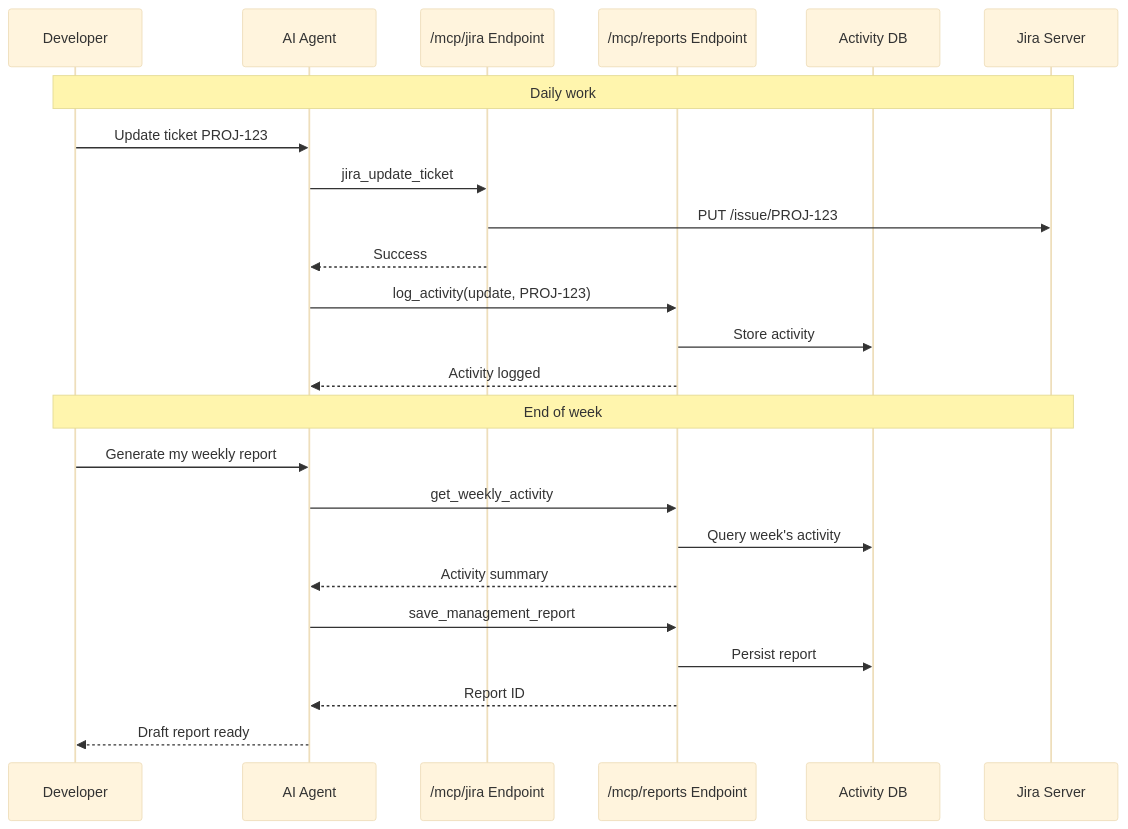
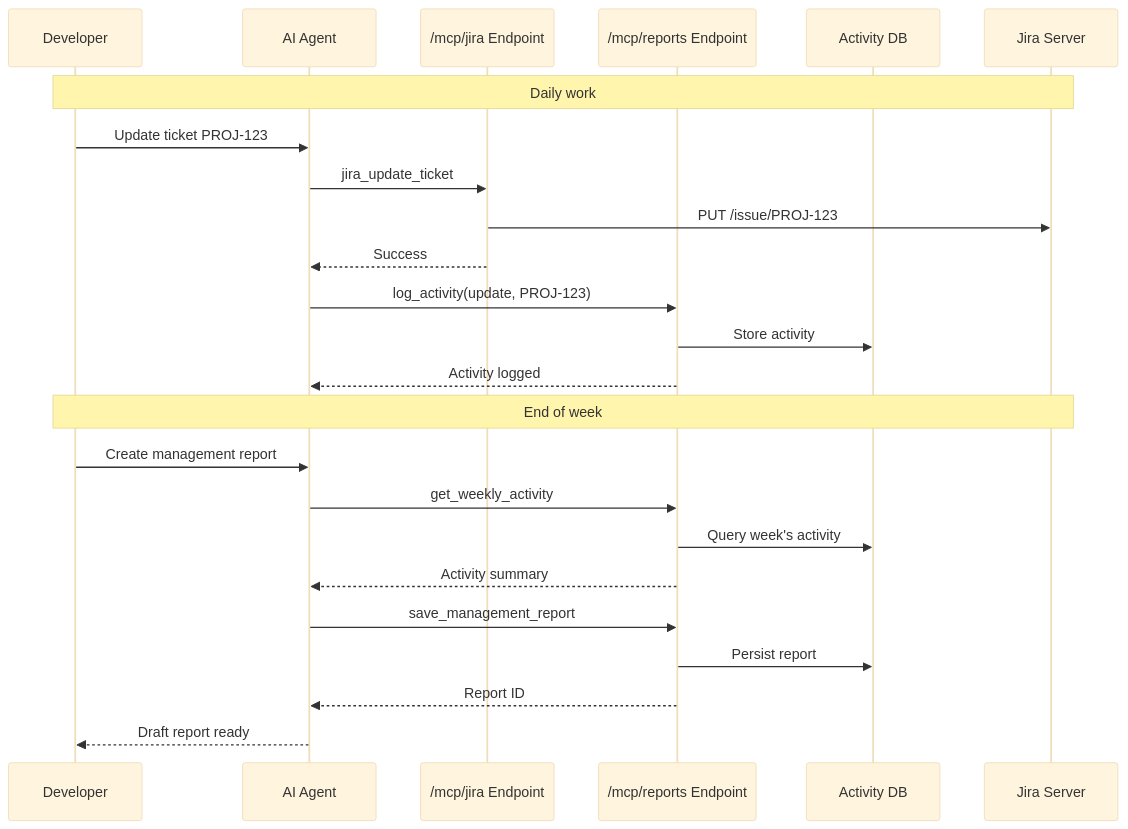
Before and after one commit to nemerna/ghost: the second of 2 diagrams in docs/architecture.md, drawn with Mermaid (base theme). The commit also changed 24 other files, not shown here.

````diff
--- a/docs/architecture.md
+++ b/docs/architecture.md
@@ -78,28 +78,28 @@
 ```mermaid
 sequenceDiagram
     participant Dev as Developer
     participant IDE as AI Agent
     participant Jira as /mcp/jira Endpoint
     participant Reports as /mcp/reports Endpoint
     participant DB as Activity DB
     participant JiraAPI as Jira Server
 
     Note over Dev,JiraAPI: Daily work
     Dev->>IDE: Update ticket PROJ-123
     IDE->>Jira: jira_update_ticket
     Jira->>JiraAPI: PUT /issue/PROJ-123
     Jira-->>IDE: Success
     IDE->>Reports: log_activity(update, PROJ-123)
     Reports->>DB: Store activity
     Reports-->>IDE: Activity logged
 
     Note over Dev,JiraAPI: End of week
-    Dev->>IDE: Generate my weekly report
+    Dev->>IDE: Create management report
     IDE->>Reports: get_weekly_activity
     Reports->>DB: Query week's activity
     Reports-->>IDE: Activity summary
     IDE->>Reports: save_management_report
     Reports->>DB: Persist report
     Reports-->>IDE: Report ID
     IDE-->>Dev: Draft report ready
 ```
````
